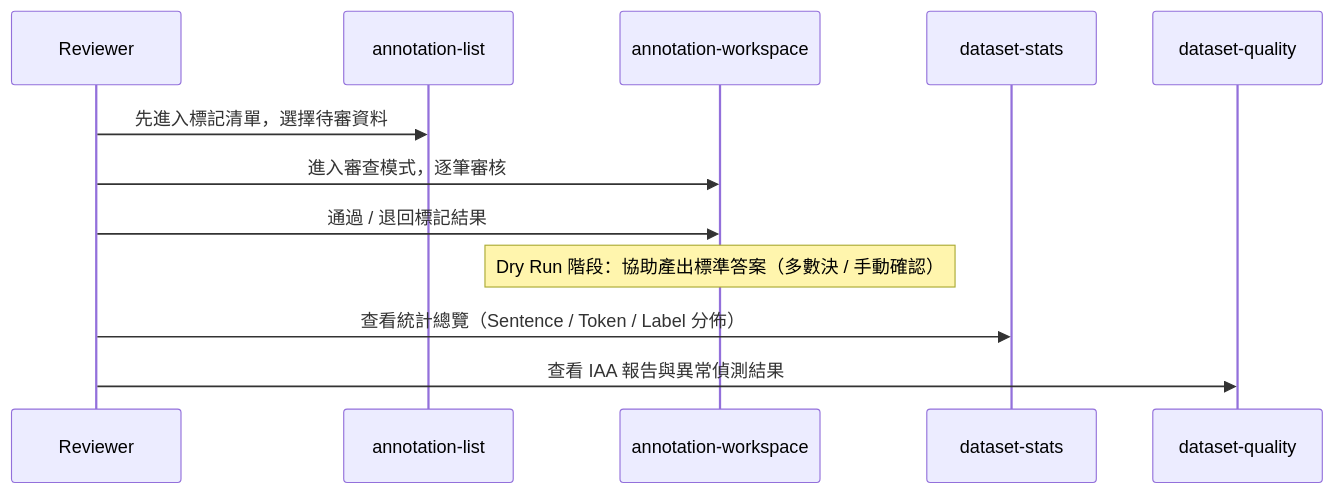
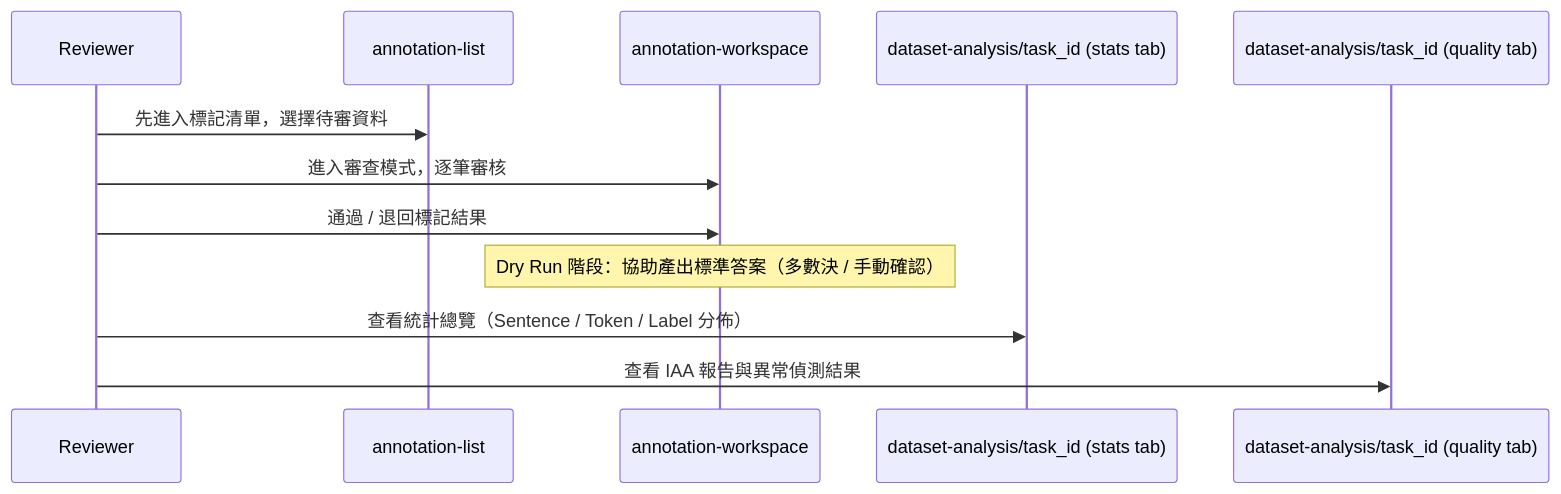
The fourth of 5 diagrams in docs/product/ia/information-architecture.md (singyichen/label-suite), drawn with Mermaid before and after one commit. The commit also changed other lines of this file and 3 other files, not shown here.

Commit message:
docs: add dataset analysis specs

````diff
--- a/docs/product/ia/information-architecture.md
+++ b/docs/product/ia/information-architecture.md
@@ -516,15 +526,15 @@
 ```mermaid
 sequenceDiagram
   participant R as Reviewer
   participant AL as annotation-list
   participant AW as annotation-workspace
-  participant DS as dataset-stats
-  participant DQ as dataset-quality
+  participant DS as dataset-analysis/task_id (stats tab)
+  participant DQ as dataset-analysis/task_id (quality tab)
 
   R->>AL: 先進入標記清單，選擇待審資料
   R->>AW: 進入審查模式，逐筆審核
   R->>AW: 通過 / 退回標記結果
   Note over AW: Dry Run 階段：協助產出標準答案（多數決 / 手動確認）
   R->>DS: 查看統計總覽（Sentence / Token / Label 分佈）
   R->>DQ: 查看 IAA 報告與異常偵測結果
 ```
````
